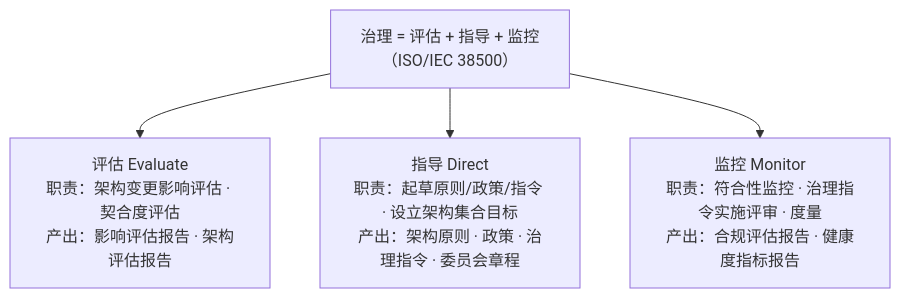
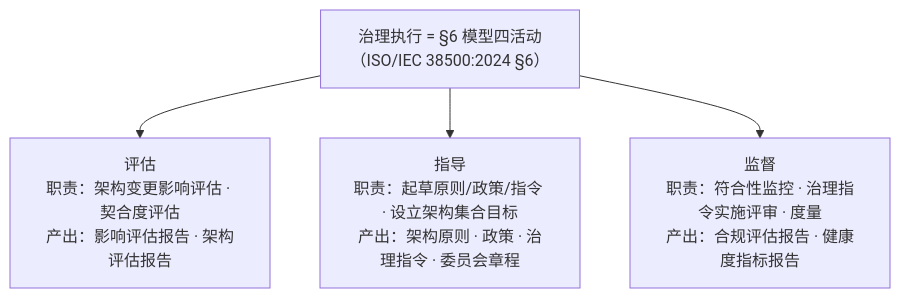
One commit to Yongjunzhou/AOS-system-design changed diagram 20 of 21 in 50-research/13-工程角色谱系精讲-从模块工程师到系统架构师.md. Above: the diagram before and after it, drawn with Mermaid. The commit also changed other lines of this file and 65 other files, not shown here.

````diff
--- a/50-research/13-工程角色谱系精讲-从模块工程师到系统架构师.md
+++ b/50-research/13-工程角色谱系精讲-从模块工程师到系统架构师.md
@@ -854,6 +854,6 @@
 ```mermaid
 flowchart TD
-    G["治理 = 评估 + 指导 + 监控<br/>（ISO/IEC 38500）"] --> E["评估 Evaluate<br/>职责：架构变更影响评估 · 契合度评估<br/>产出：影响评估报告 · 架构评估报告"]
-    G --> D["指导 Direct<br/>职责：起草原则/政策/指令 · 设立架构集合目标<br/>产出：架构原则 · 政策 · 治理指令 · 委员会章程"]
-    G --> M["监控 Monitor<br/>职责：符合性监控 · 治理指令实施评审 · 度量<br/>产出：合规评估报告 · 健康度指标报告"]
+    G["治理执行 = §6 模型四活动<br/>（ISO/IEC 38500:2024 §6）"] --> E["评估<br/>职责：架构变更影响评估 · 契合度评估<br/>产出：影响评估报告 · 架构评估报告"]
+    G --> D["指导<br/>职责：起草原则/政策/指令 · 设立架构集合目标<br/>产出：架构原则 · 政策 · 治理指令 · 委员会章程"]
+    G --> M["监督<br/>职责：符合性监控 · 治理指令实施评审 · 度量<br/>产出：合规评估报告 · 健康度指标报告"]
 ```
````
